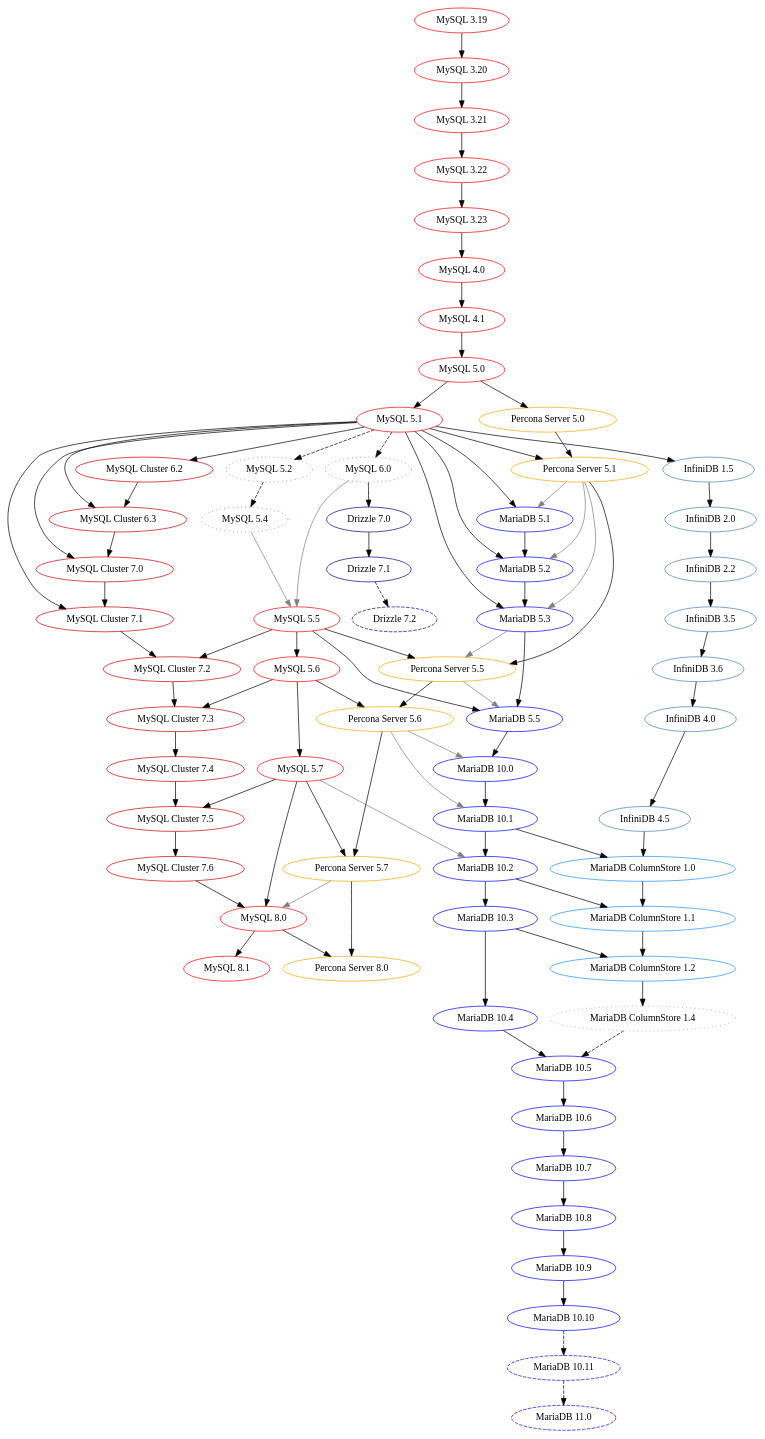
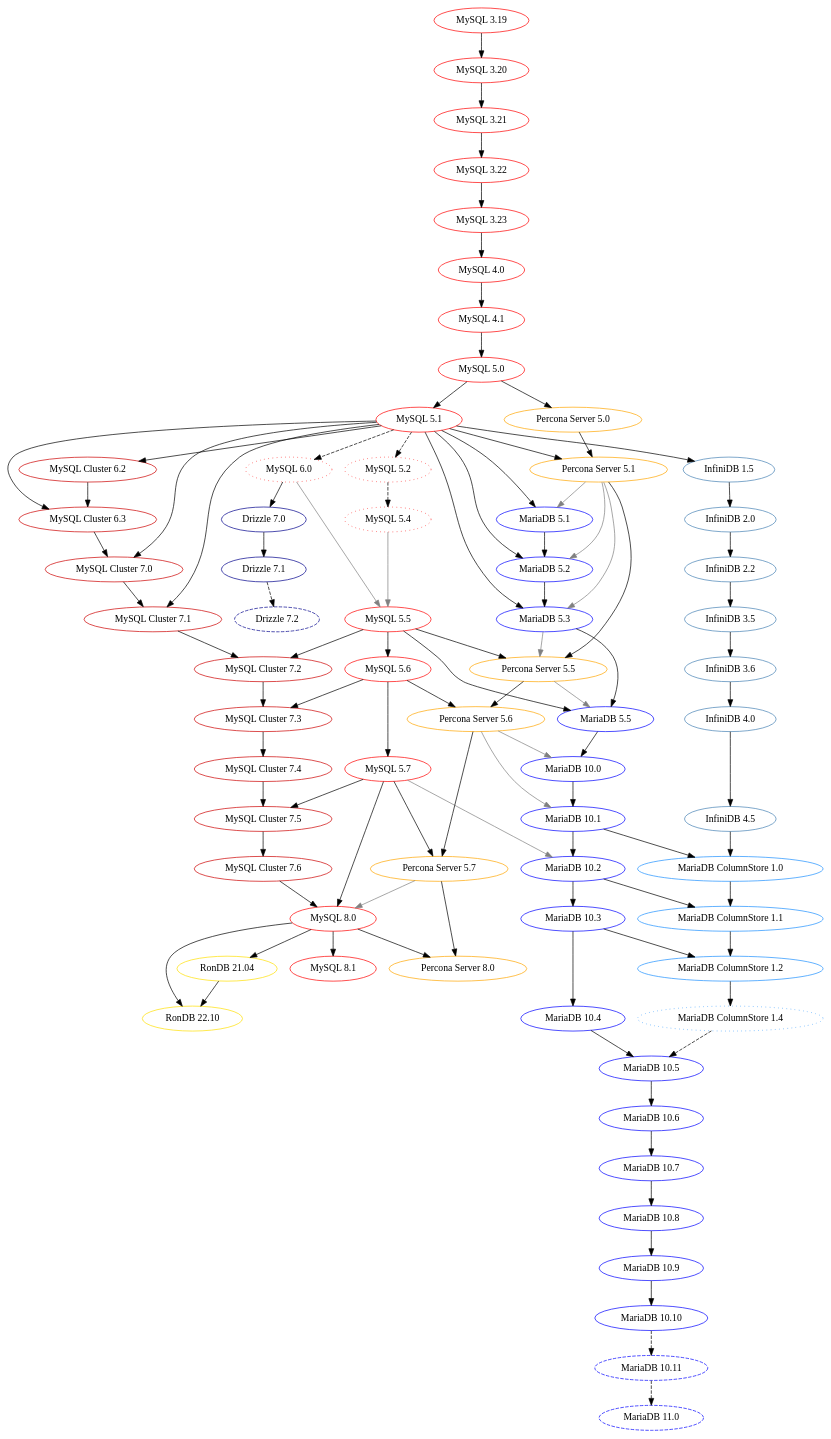
The diagram in mysql-history-graph.dot (dveeden/mysql-history-graph), drawn with Graphviz before and after one commit. The commit also changed 2 other files, not shown here.

Commit message:
Add RonDB

```diff
--- a/mysql-history-graph.dot
+++ b/mysql-history-graph.dot
@@ -198,4 +198,10 @@
 	"MySQL 6.0" -> "Drizzle 7.0";
 	"Drizzle 7.0" -> "Drizzle 7.1";
 	"Drizzle 7.1" -> "Drizzle 7.2" [style="dashed"];
+
+	"RonDB 21.04" [color="#ffdf00"];
+	"MySQL 8.0" -> "RonDB 21.04";
+	"RonDB 22.10" [color="#ffdf00"];
+	"RonDB 21.04" -> "RonDB 22.10";
+	"MySQL 8.0" -> "RonDB 22.10";
 }
```
